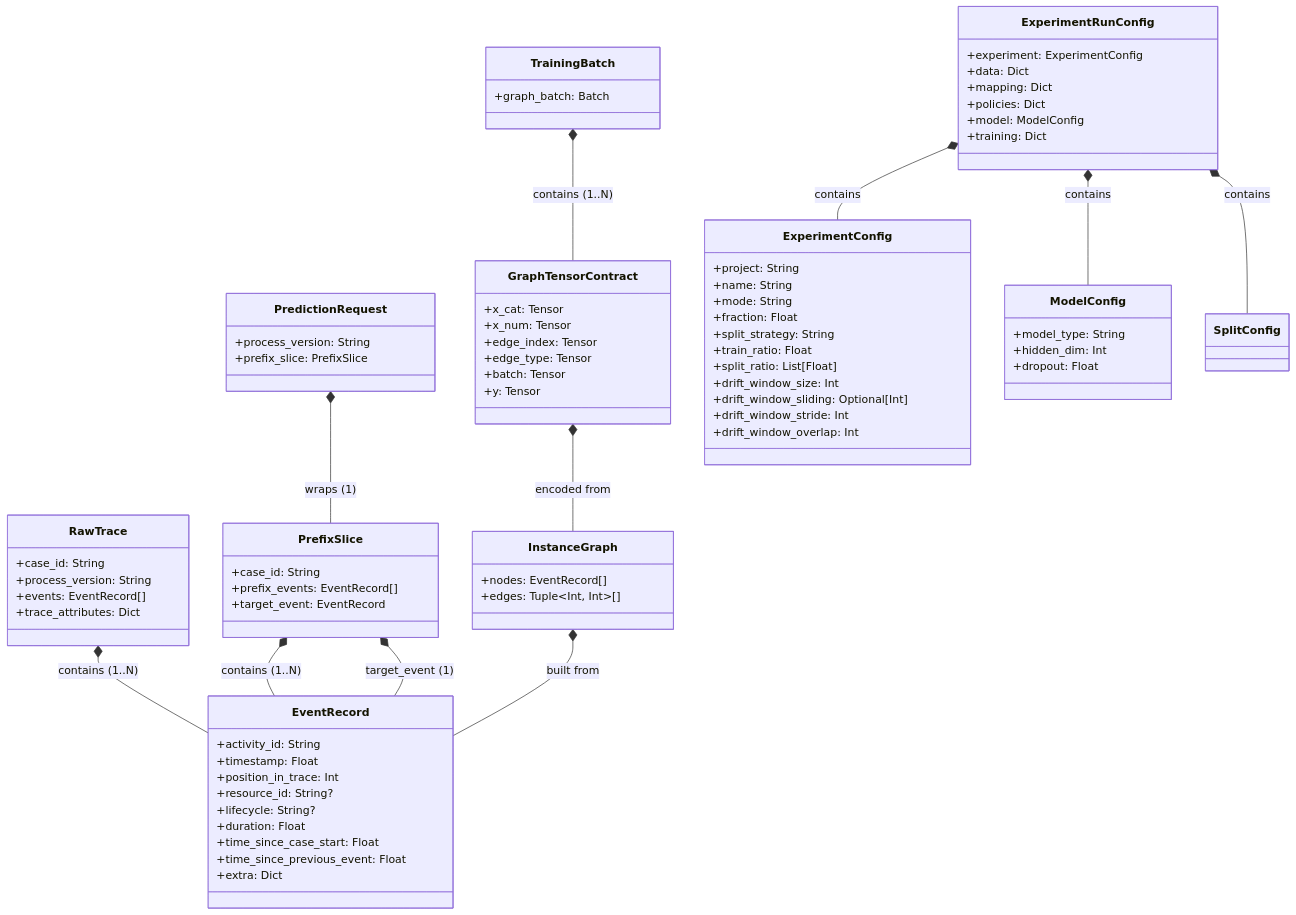
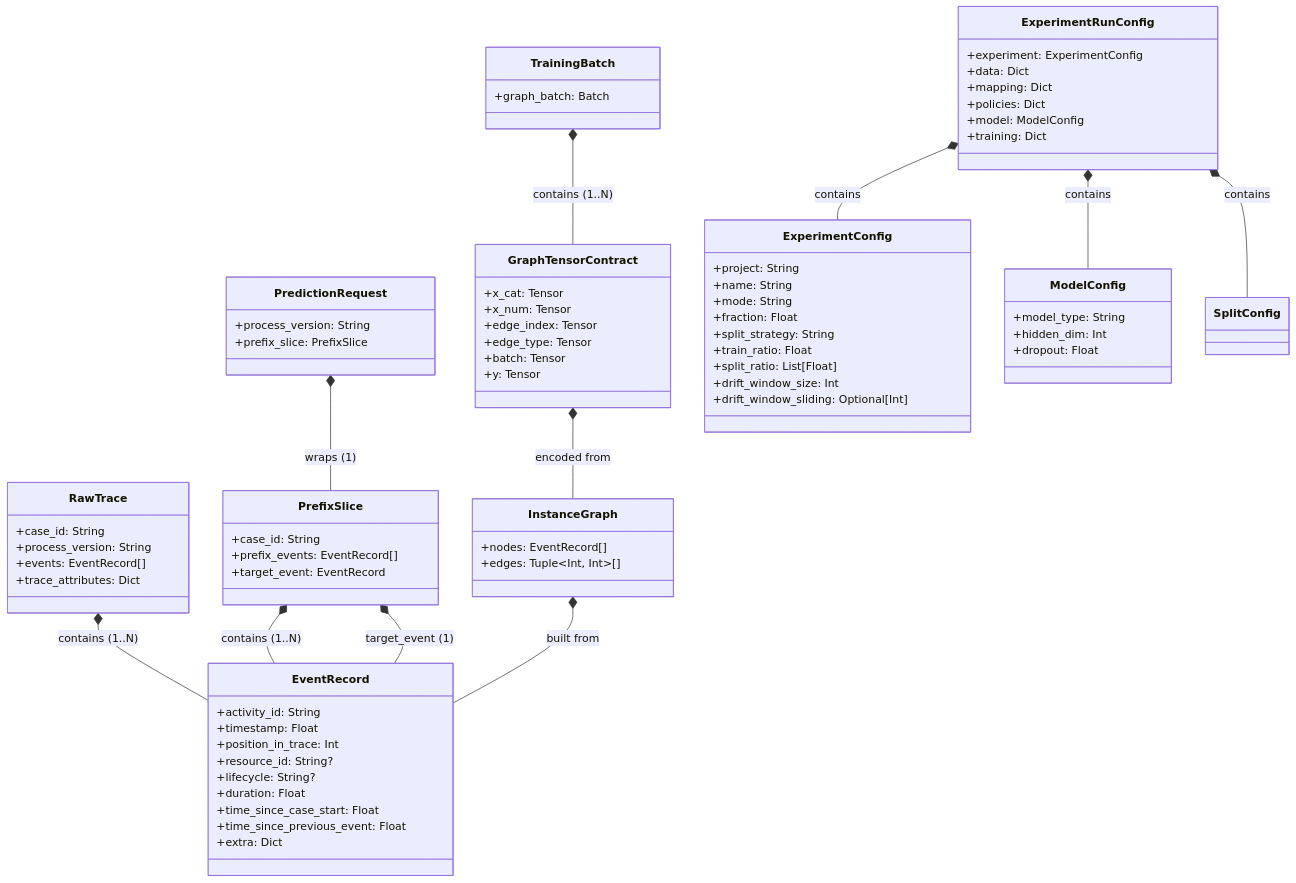
The fourth of 4 diagrams in docs/DATA_MODEL_MVP1.MD (ghsrg/bpm_prediction), drawn with Mermaid before and after one commit. The commit also changed other lines of this file and 12 other files, not shown here.

```diff
--- a/docs/DATA_MODEL_MVP1.MD
+++ b/docs/DATA_MODEL_MVP1.MD
@@ -326,8 +325,6 @@
         +split_ratio: List[Float]
         +drift_window_size: Int
         +drift_window_sliding: Optional[Int]
-        +drift_window_stride: Int
-        +drift_window_overlap: Int
     }
 
     class ModelConfig {
```
